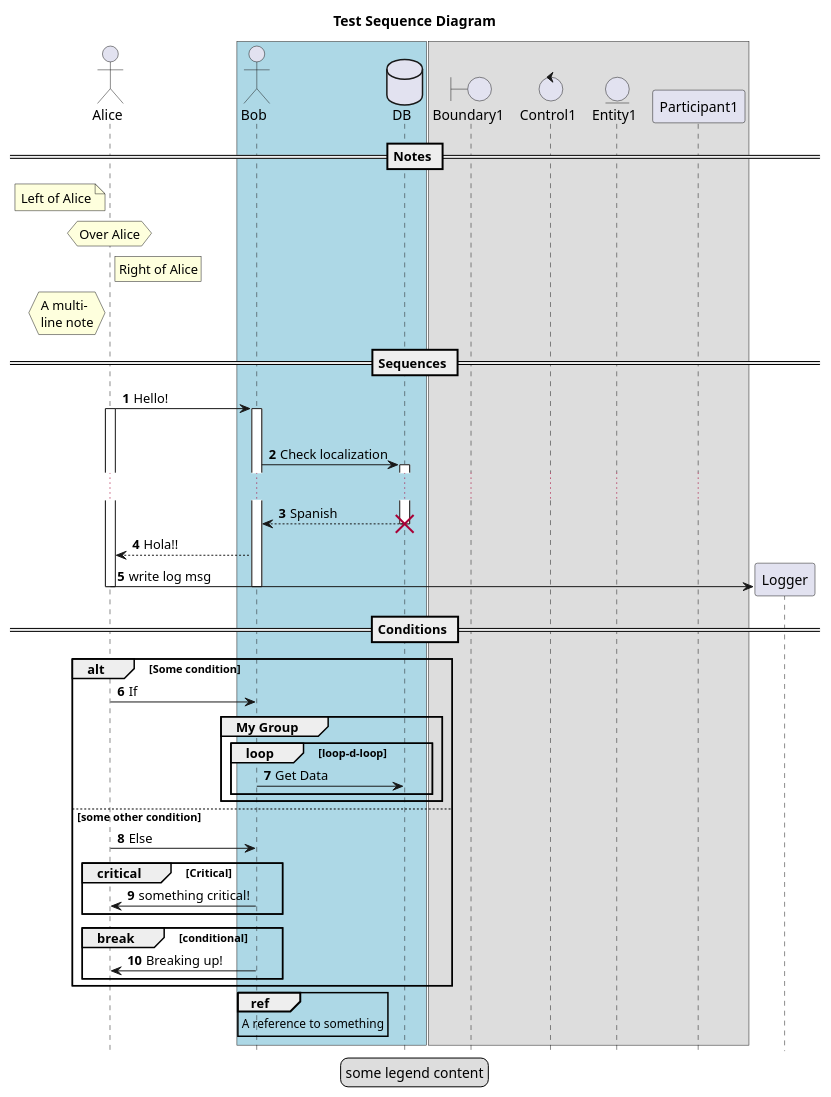
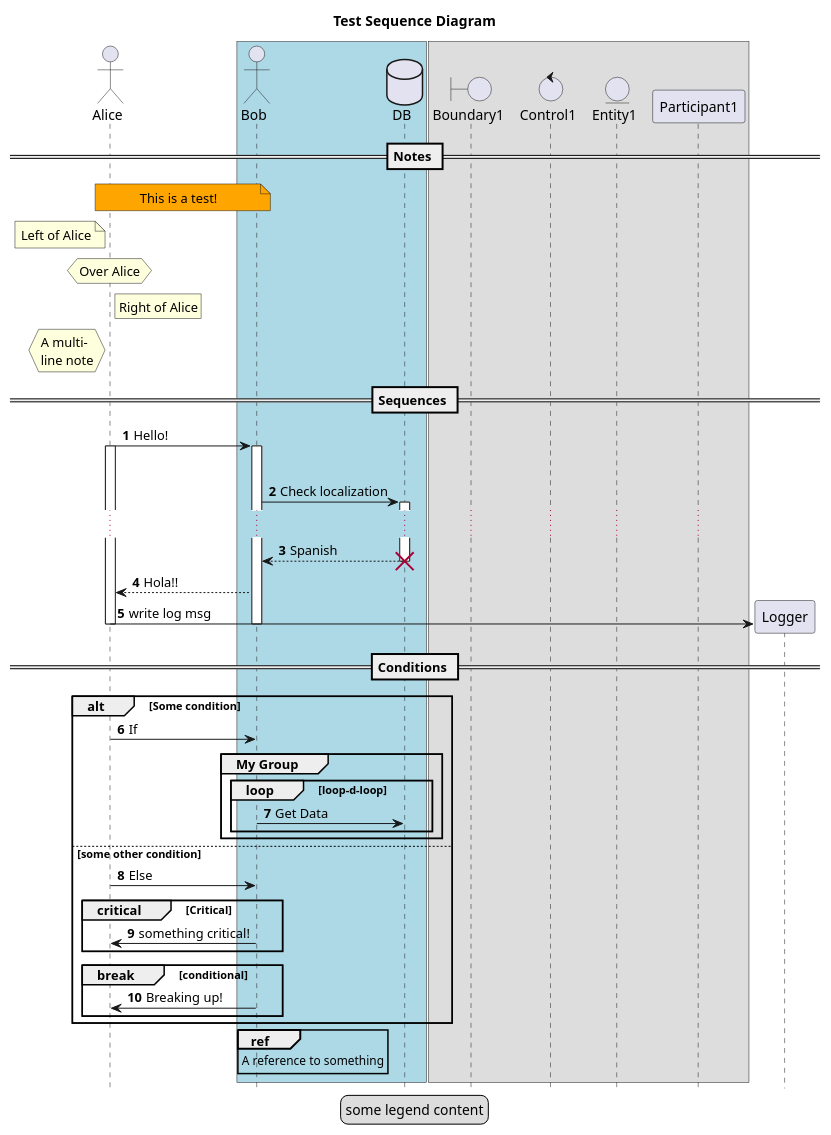
One commit to KyleKorndoerfer/BracketsUML changed the diagram in diagrams/sequence.puml. Above: the diagram before and after it, drawn with PlantUML. The commit also changed 4 other files, not shown here.

```diff
--- a/diagrams/sequence.puml
+++ b/diagrams/sequence.puml
@@ -2,72 +2,73 @@
 @startuml
 
 title "Test Sequence Diagram"
 
 actor Alice
 box #lightBlue
 	actor Bob
 	database DB
 end box
 
 box
 	boundary Boundary1
 	control Control1
 	entity Entity1
 	participant Participant1
 end box
 
 hide footbox
 
 == Notes ==
+note over Alice,Bob #orange: This is a test!
 note left Alice: Left of Alice
 hnote over Alice: Over Alice
 rnote right Alice: Right of Alice
 hnote left Alice
 	A multi-
 	line note
 end note
 
 == Sequences ==
 autonumber 1
 Alice->Bob: Hello!
 activate Alice
 activate Bob
 |||
 Bob->DB: Check localization
 activate DB
 ...
 DB-->Bob: Spanish
 destroy DB
 Bob-->Alice: Hola!!
 create Logger
 Alice->Logger: write log msg
 deactivate Bob
 deactivate Alice
 
 == Conditions ==
 alt Some condition
 	Alice->Bob: If
 	group My Group
 		loop loop-d-loop
 			Bob->DB: Get Data
 		end
 	end
 else some other condition
 	Alice->Bob: Else
 	critical Critical
 		Bob->Alice: something critical!
 	end
 	break conditional
 		Bob->Alice: Breaking up!
 	end
 end
 
 ref over Bob
 	A reference to something
 end ref
 
 legend center
 	some legend content
 endlegend
 
 @enduml
```
